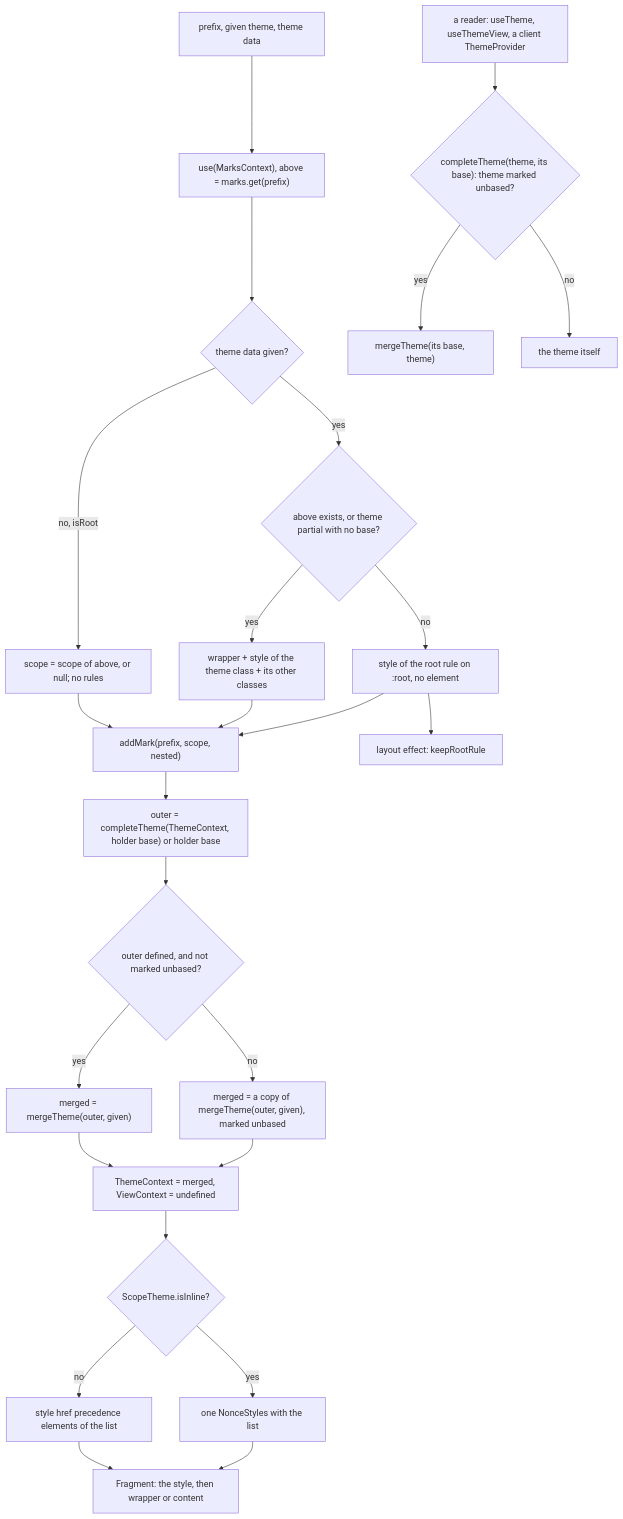
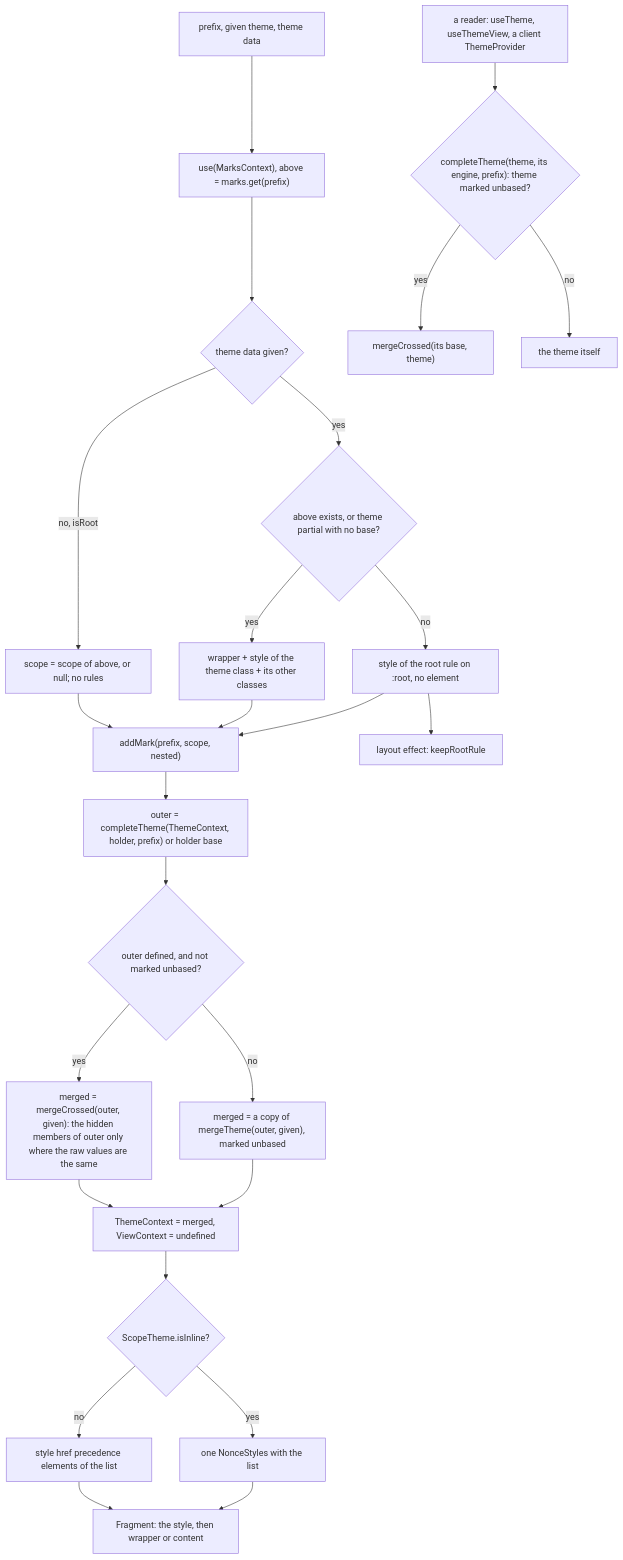
One commit to soroush-tech/umber-style changed the diagram in packages/react/src/ProviderScope.md. Above: the diagram before and after it, drawn with Mermaid. The commit also changed other lines of this file and 25 other files, not shown here.

Commit message:
fix(react): a theme with hidden members crosses from a server provider as a plain object, and the browser keeps the base theme's helpers only where the raw values match - close #81

````diff
--- a/packages/react/src/ProviderScope.md
+++ b/packages/react/src/ProviderScope.md
@@ -24,27 +24,27 @@
 ```mermaid
 flowchart TD
   props["prefix, given theme, theme data"] --> marks["use(MarksContext), above = marks.get(prefix)"]
   marks --> hasTheme{"theme data given?"}
   hasTheme -->|no, isRoot| passScope["scope = scope of above, or null; no rules"]
   hasTheme -->|yes| nested{"above exists, or theme partial with no base?"}
   nested -->|yes| nestedOut["wrapper + style of the theme class + its other classes"]
   nested -->|no| rootOut["style of the root rule on :root, no element"]
   nestedOut --> mark["addMark(prefix, scope, nested)"]
   rootOut --> mark
   passScope --> mark
-  mark --> outerTheme["outer = completeTheme(ThemeContext, holder base) or holder base"]
+  mark --> outerTheme["outer = completeTheme(ThemeContext, holder, prefix) or holder base"]
   outerTheme --> based{"outer defined, and not marked unbased?"}
-  based -->|yes| merge["merged = mergeTheme(outer, given)"]
+  based -->|yes| merge["merged = mergeCrossed(outer, given): the hidden members of outer only where the raw values are the same"]
   based -->|no| unbasedTheme["merged = a copy of mergeTheme(outer, given), marked unbased"]
   merge --> ctx["ThemeContext = merged, ViewContext = undefined"]
   unbasedTheme --> ctx
-  reader["a reader: useTheme, useThemeView, a client ThemeProvider"] --> complete{"completeTheme(theme, its base): theme marked unbased?"}
-  complete -->|yes| over["mergeTheme(its base, theme)"]
+  reader["a reader: useTheme, useThemeView, a client ThemeProvider"] --> complete{"completeTheme(theme, its engine, prefix): theme marked unbased?"}
+  complete -->|yes| over["mergeCrossed(its base, theme)"]
   complete -->|no| same["the theme itself"]
   rootOut --> keep["layout effect: keepRootRule"]
   ctx --> inline{"ScopeTheme.isInline?"}
   inline -->|no| hoisted["style href precedence elements of the list"]
   inline -->|yes| nonceStyles["one NonceStyles with the list"]
   hoisted --> out["Fragment: the style, then wrapper or content"]
   nonceStyles --> out
 ```
````
